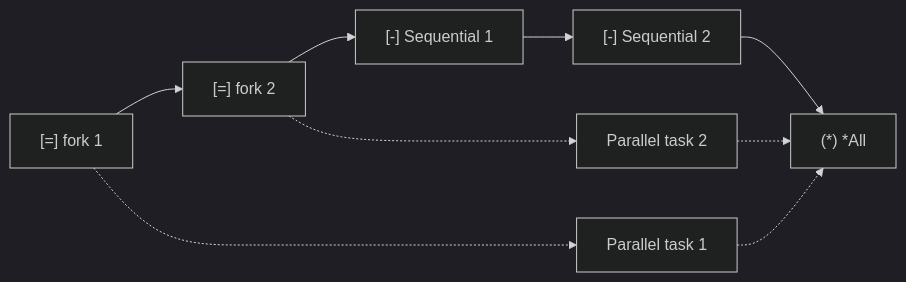
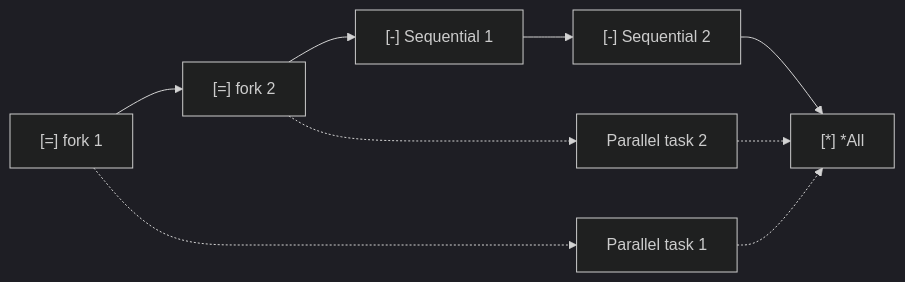
One commit to hasan-alj88/Polyglot changed the second of 2 diagrams in docs/user/concepts/pipelines/wrappers.md. Above: the diagram before and after it, drawn with Mermaid (dark theme). The commit also changed other lines of this file and 19 other files, not shown here.

````diff
--- a/docs/user/concepts/pipelines/wrappers.md
+++ b/docs/user/concepts/pipelines/wrappers.md
@@ -52,15 +52,15 @@
 ```mermaid
 flowchart LR
     P1["[=] fork 1"]
     P2["[=] fork 2"]
     R1["[-] Sequential 1"]
     R2["[-] Sequential 2"]
-    COL["(*) *All"]
+    COL["[*] *All"]
 
     PA1["Parallel task 1"]
     PA2["Parallel task 2"]
 
     P1 --> P2 --> R1 --> R2 --> COL
     P1 -.-> PA1 -.-> COL
     P2 -.-> PA2 -.-> COL
 ```
````
